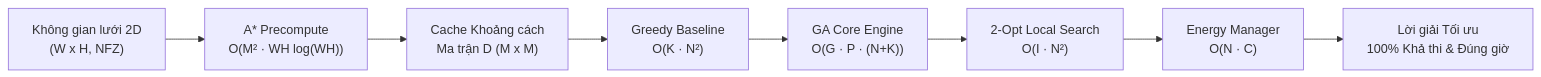
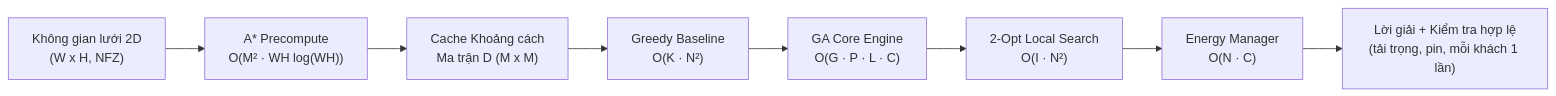
The diagram in docs/COMPLEXITY_AND_CORRECTNESS_ANALYSIS.md (phuchapc06-lab/Nhoms1-TKTT-Drone-giao-h-ng), drawn with Mermaid before and after one commit. The commit also changed other lines of this file and 8 other files, not shown here.

````diff
--- a/docs/COMPLEXITY_AND_CORRECTNESS_ANALYSIS.md
+++ b/docs/COMPLEXITY_AND_CORRECTNESS_ANALYSIS.md
@@ -53,10 +54,10 @@
 ```mermaid
 flowchart LR
     A["Không gian lưới 2D<br/>(W x H, NFZ)"] --> B["A* Precompute<br/>O(M² · WH log(WH))"]
     B --> C["Cache Khoảng cách<br/>Ma trận D (M x M)"]
     C --> D["Greedy Baseline<br/>O(K · N²)"]
-    D --> E["GA Core Engine<br/>O(G · P · (N+K))"]
+    D --> E["GA Core Engine<br/>O(G · P · L · C)"]
     E --> F["2-Opt Local Search<br/>O(I · N²)"]
     F --> G["Energy Manager<br/>O(N · C)"]
-    G --> H["Lời giải Tối ưu<br/>100% Khả thi & Đúng giờ"]
+    G --> H["Lời giải + Kiểm tra hợp lệ<br/>(tải trọng, pin, mỗi khách 1 lần)"]
 ```
````
